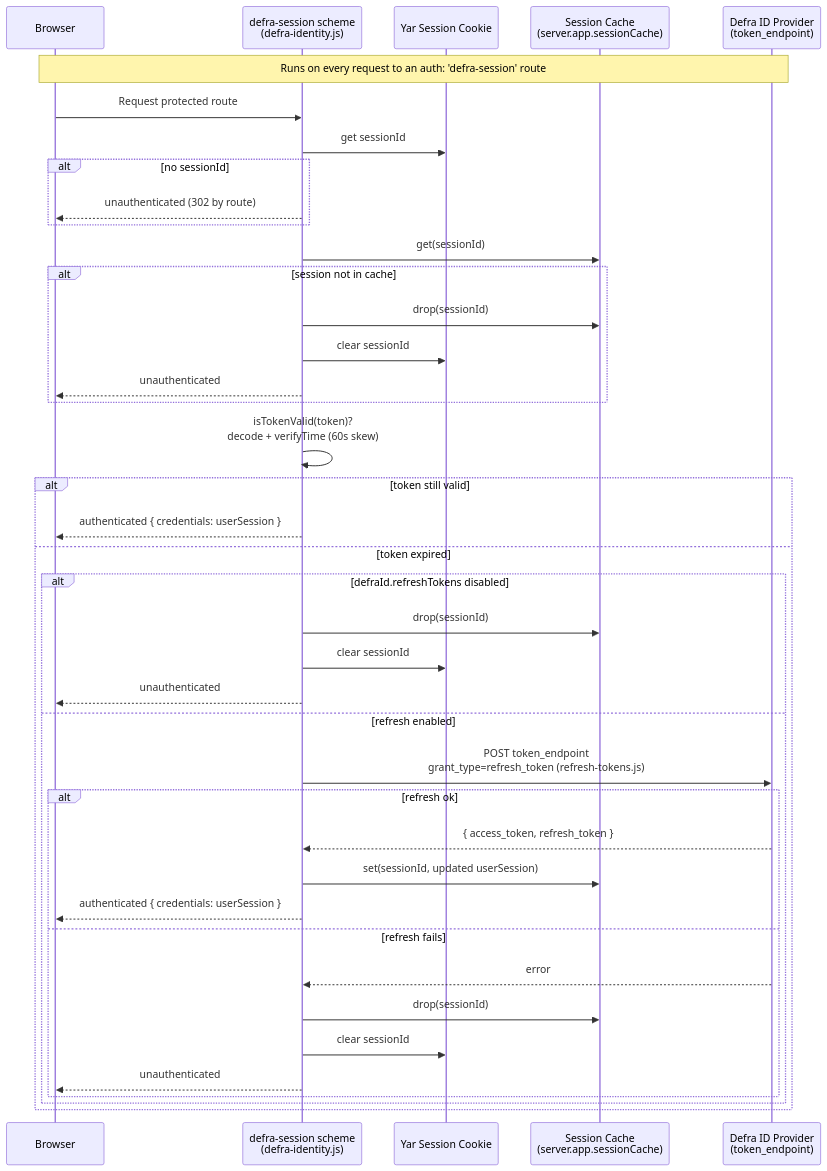
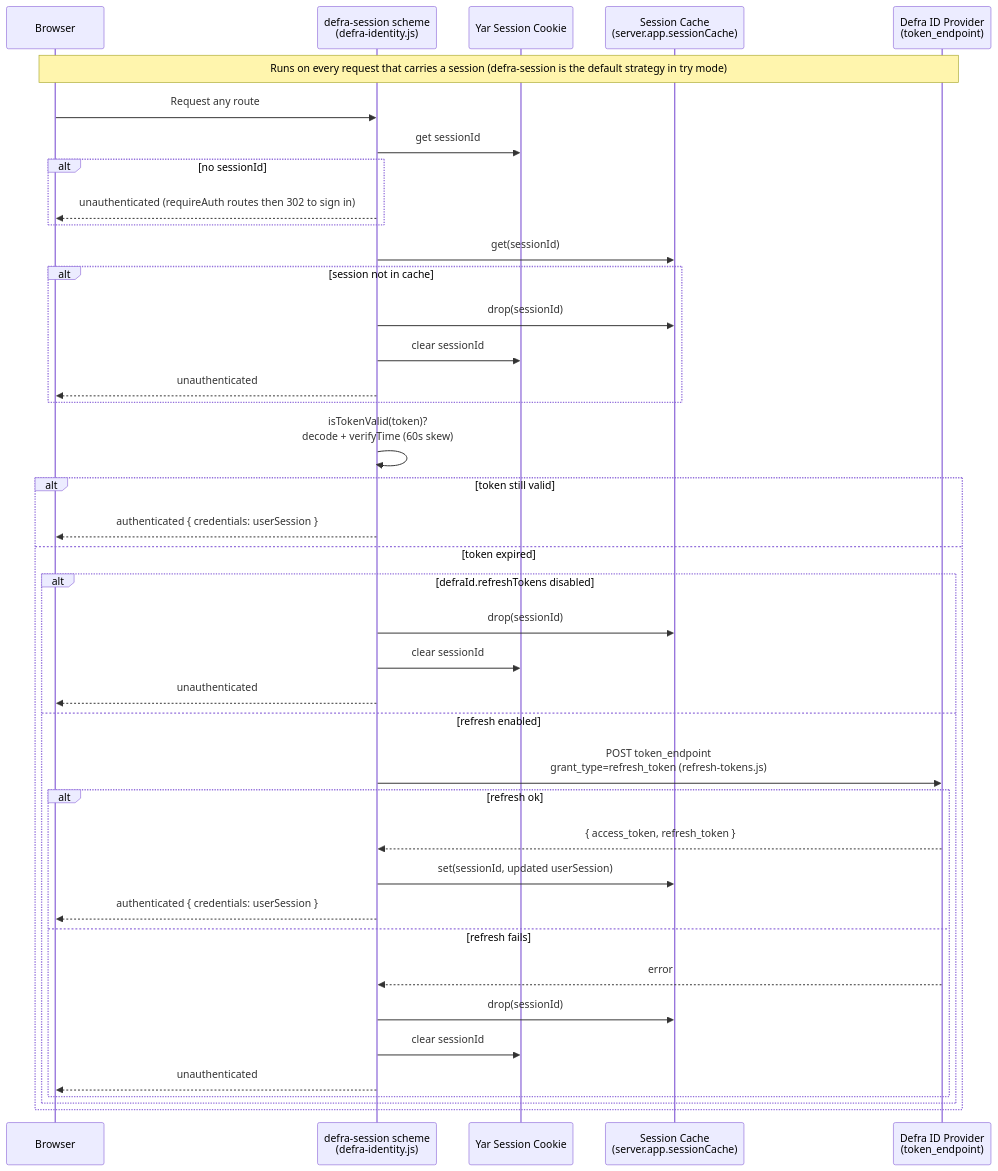
Before and after one commit to DEFRA/nrf-solution: the diagram in docs/features/authentication/defra-id/token-refresh-flow.mermaid, drawn with Mermaid. The commit also changed 6 other files, not shown here.

First line of the commit message:
NRF2-1329 - Coding rules for requireAuth, error pages, new-tab links and signed-in tests (#93)

```diff
--- a/docs/features/authentication/defra-id/token-refresh-flow.mermaid
+++ b/docs/features/authentication/defra-id/token-refresh-flow.mermaid
@@ -1,43 +1,43 @@
 sequenceDiagram
     participant Browser
     participant Scheme as defra-session scheme<br/>(defra-identity.js)
     participant Yar as Yar Session Cookie
     participant Cache as Session Cache<br/>(server.app.sessionCache)
     participant DefraID as Defra ID Provider<br/>(token_endpoint)
 
-    Note over Browser,DefraID: Runs on every request to an auth: 'defra-session' route
+    Note over Browser,DefraID: Runs on every request that carries a session (defra-session is the default strategy in try mode)
 
-    Browser->>Scheme: Request protected route
+    Browser->>Scheme: Request any route
     Scheme->>Yar: get sessionId
     alt no sessionId
-        Scheme-->>Browser: unauthenticated (302 by route)
+        Scheme-->>Browser: unauthenticated (requireAuth routes then 302 to sign in)
     end
     Scheme->>Cache: get(sessionId)
     alt session not in cache
         Scheme->>Cache: drop(sessionId)
         Scheme->>Yar: clear sessionId
         Scheme-->>Browser: unauthenticated
     end
 
     Scheme->>Scheme: isTokenValid(token)?<br/>decode + verifyTime (60s skew)
     alt token still valid
         Scheme-->>Browser: authenticated { credentials: userSession }
     else token expired
         alt defraId.refreshTokens disabled
             Scheme->>Cache: drop(sessionId)
             Scheme->>Yar: clear sessionId
             Scheme-->>Browser: unauthenticated
         else refresh enabled
             Scheme->>DefraID: POST token_endpoint<br/>grant_type=refresh_token (refresh-tokens.js)
             alt refresh ok
                 DefraID-->>Scheme: { access_token, refresh_token }
                 Scheme->>Cache: set(sessionId, updated userSession)
                 Scheme-->>Browser: authenticated { credentials: userSession }
             else refresh fails
                 DefraID-->>Scheme: error
                 Scheme->>Cache: drop(sessionId)
                 Scheme->>Yar: clear sessionId
                 Scheme-->>Browser: unauthenticated
             end
         end
     end
```
